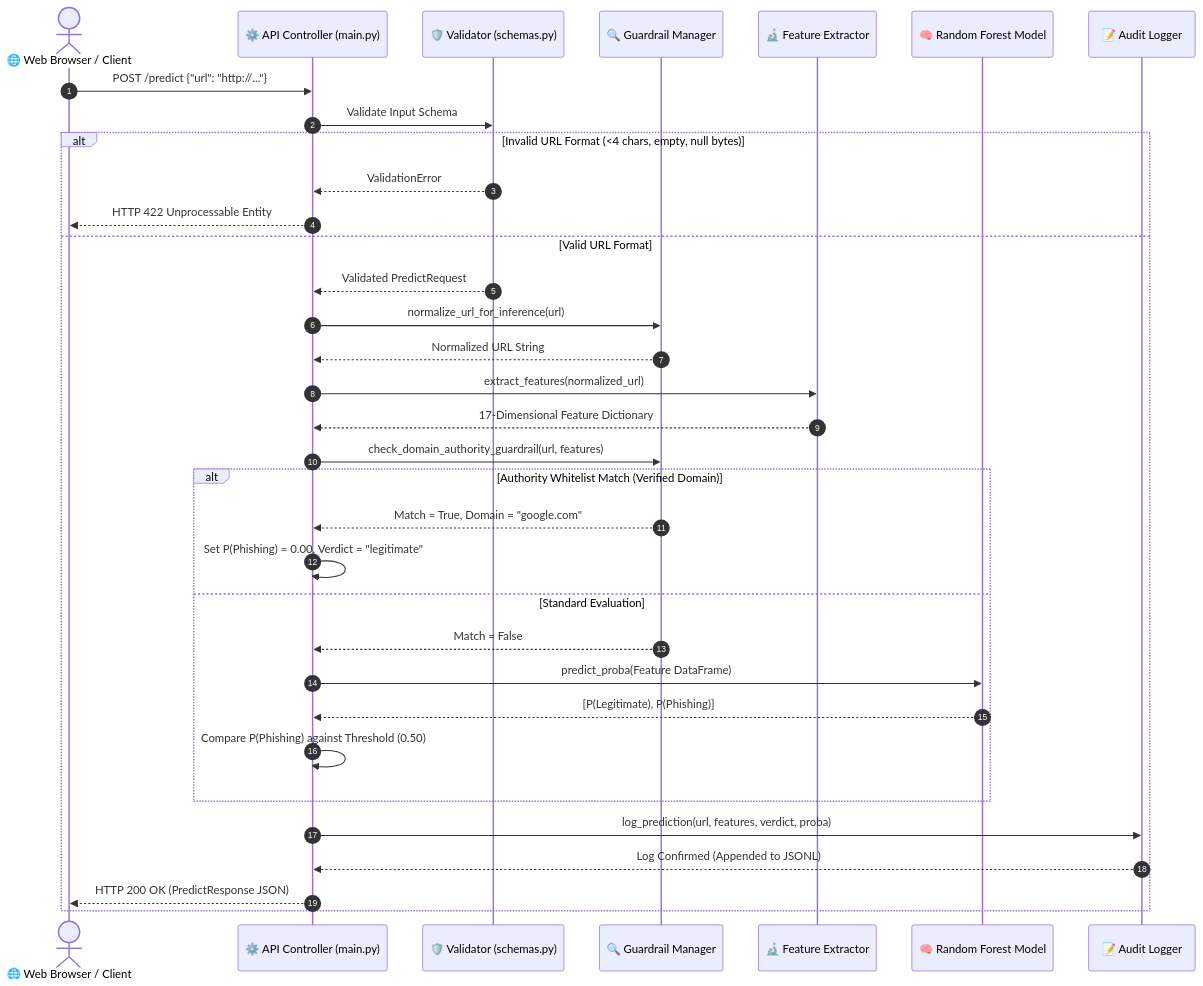
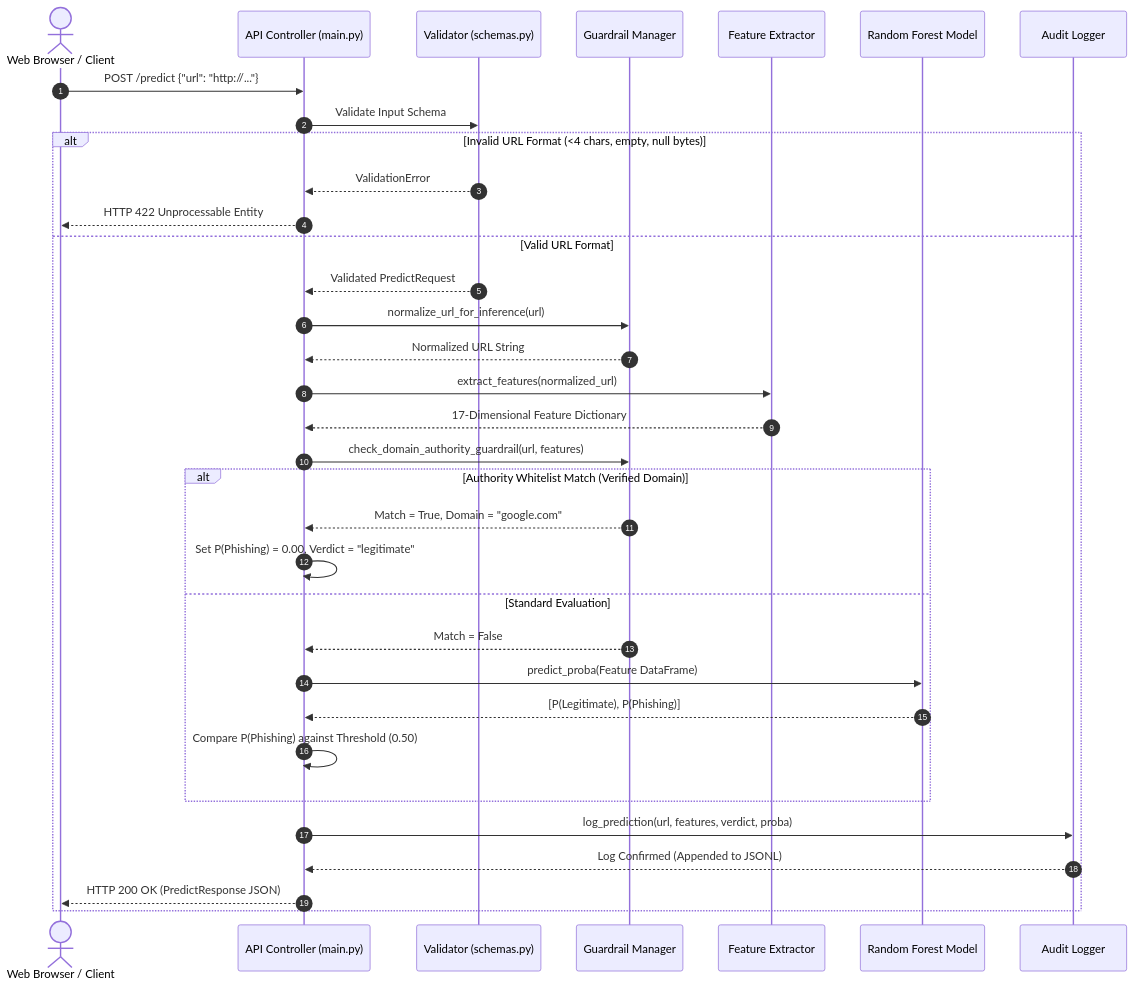
Before and after one commit to hassan3xl/phishing-link-detector-ml: the seventh of 10 diagrams in document.md, drawn with Mermaid. The commit also changed other lines of this file and 4 other files, not shown here.

````diff
--- a/document.md
+++ b/document.md
@@ -335,39 +335,39 @@
 ```mermaid
 sequenceDiagram
     autonumber
-    actor Client as 🌐 Web Browser / Client
-    participant Controller as ⚙️ API Controller (main.py)
-    participant Validator as 🛡️ Validator (schemas.py)
-    participant Guardrail as 🔍 Guardrail Manager
-    participant Extractor as 🔬 Feature Extractor
-    participant Model as 🧠 Random Forest Model
-    participant Logger as 📝 Audit Logger
+    actor Client as Web Browser / Client
+    participant Controller as API Controller (main.py)
+    participant Validator as Validator (schemas.py)
+    participant Guardrail as Guardrail Manager
+    participant Extractor as Feature Extractor
+    participant Model as Random Forest Model
+    participant Logger as Audit Logger
     
     Client->>Controller: POST /predict {"url": "http://..."}
     Controller->>Validator: Validate Input Schema
     alt Invalid URL Format (<4 chars, empty, null bytes)
         Validator-->>Controller: ValidationError
         Controller-->>Client: HTTP 422 Unprocessable Entity
     else Valid URL Format
         Validator-->>Controller: Validated PredictRequest
         Controller->>Guardrail: normalize_url_for_inference(url)
         Guardrail-->>Controller: Normalized URL String
         Controller->>Extractor: extract_features(normalized_url)
         Extractor-->>Controller: 17-Dimensional Feature Dictionary
         
         Controller->>Guardrail: check_domain_authority_guardrail(url, features)
         alt Authority Whitelist Match (Verified Domain)
             Guardrail-->>Controller: Match = True, Domain = "google.com"
             Controller->>Controller: Set P(Phishing) = 0.00, Verdict = "legitimate"
         else Standard Evaluation
             Guardrail-->>Controller: Match = False
             Controller->>Model: predict_proba(Feature DataFrame)
             Model-->>Controller: [P(Legitimate), P(Phishing)]
             Controller->>Controller: Compare P(Phishing) against Threshold (0.50)
         end
 
         Controller->>Logger: log_prediction(url, features, verdict, proba)
         Logger-->>Controller: Log Confirmed (Appended to JSONL)
         Controller-->>Client: HTTP 200 OK (PredictResponse JSON)
     end
 ```
````
